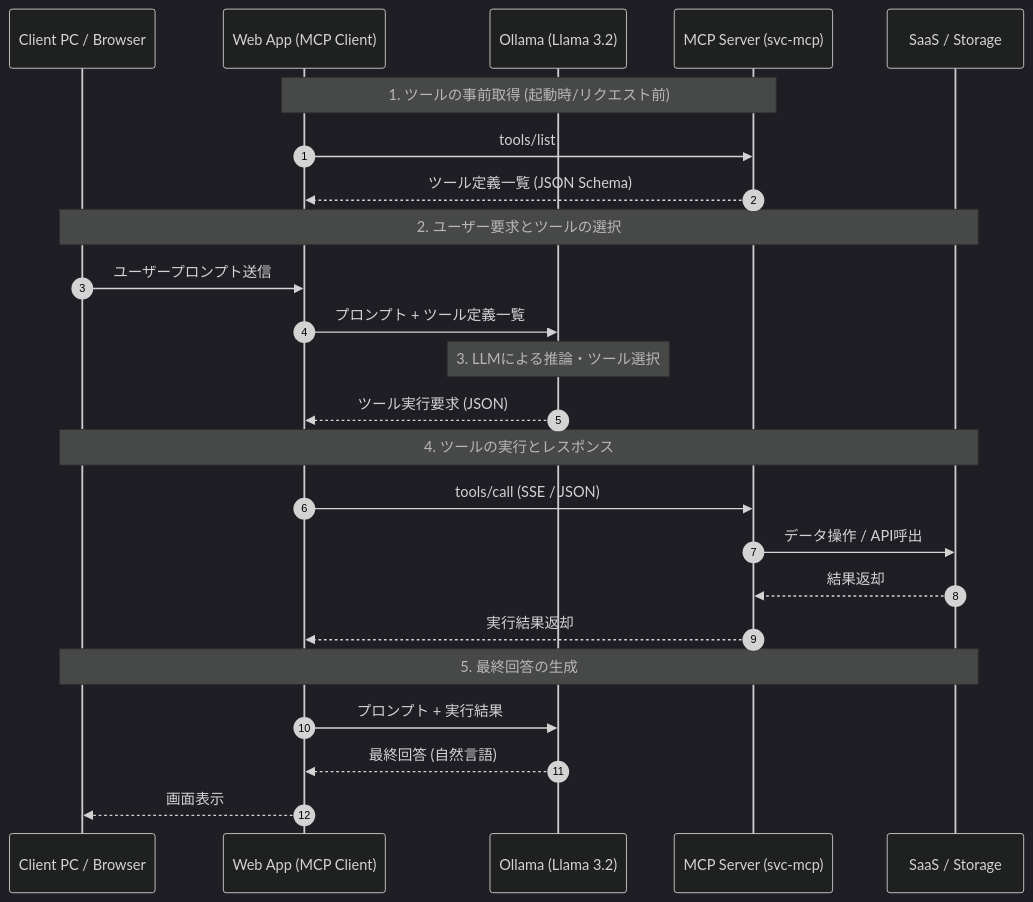
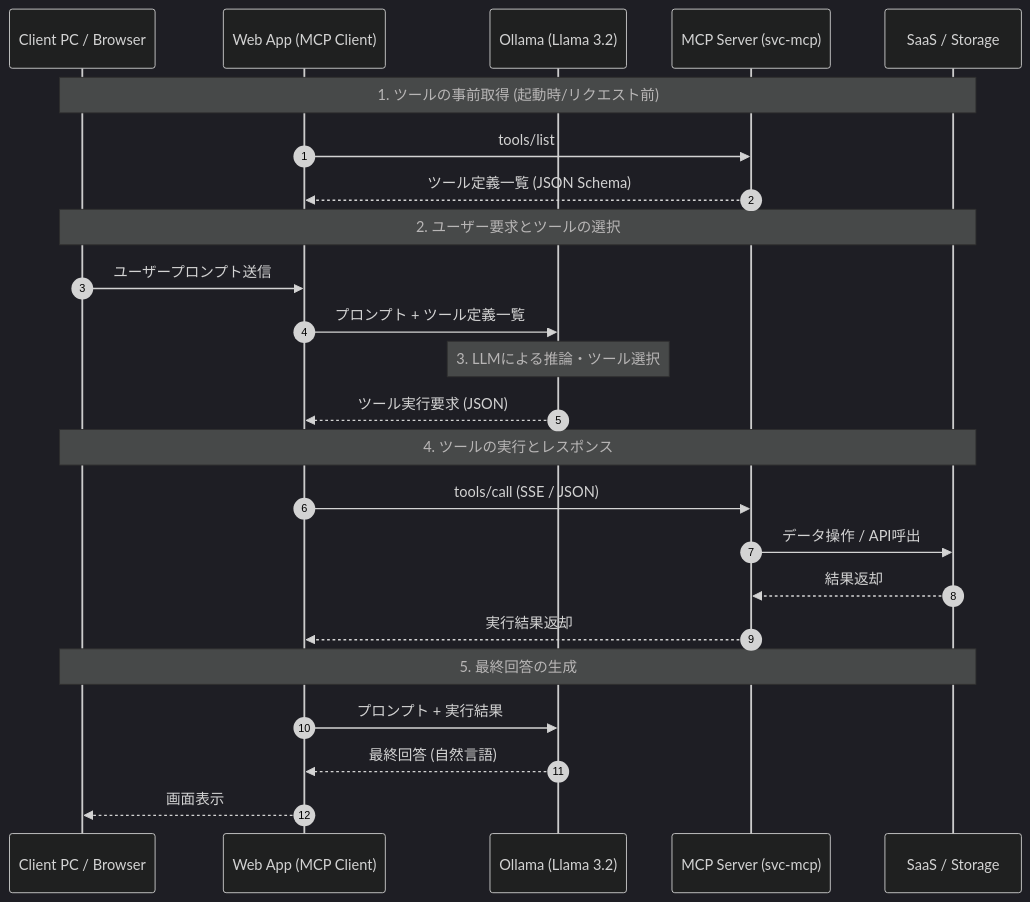
Before and after one commit to developer-onizuka/strands-agents-mcp: the diagram in README.md, drawn with Mermaid (dark theme).

````diff
--- a/README.md
+++ b/README.md
@@ -47,30 +47,30 @@
 ```mermaid
 sequenceDiagram
     autonumber
     participant Client as Client PC / Browser
     participant WebApp as Web App (MCP Client)
     participant LLM as Ollama (Llama 3.2)
     participant MCPServer as MCP Server (svc-mcp)
     participant External as SaaS / Storage
 
-    Note over WebApp,MCPServer: 1. ツールの事前取得 (起動時/リクエスト前)
+    Note over Client,External: 1. ツールの事前取得 (起動時/リクエスト前)
     WebApp->>MCPServer: tools/list
     MCPServer-->>WebApp: ツール定義一覧 (JSON Schema)
 
     Note over Client,External: 2. ユーザー要求とツールの選択
     Client->>WebApp: ユーザープロンプト送信
     WebApp->>LLM: プロンプト + ツール定義一覧
     Note over LLM: 3. LLMによる推論・ツール選択
     LLM-->>WebApp: ツール実行要求 (JSON)
 
     Note over Client,External: 4. ツールの実行とレスポンス
     WebApp->>MCPServer: tools/call (SSE / JSON)
     MCPServer->>External: データ操作 / API呼出
     External-->>MCPServer: 結果返却
     MCPServer-->>WebApp: 実行結果返却
 
     Note over Client,External: 5. 最終回答の生成
     WebApp->>LLM: プロンプト + 実行結果
     LLM-->>WebApp: 最終回答 (自然言語)
     WebApp-->>Client: 画面表示
 ```
````
